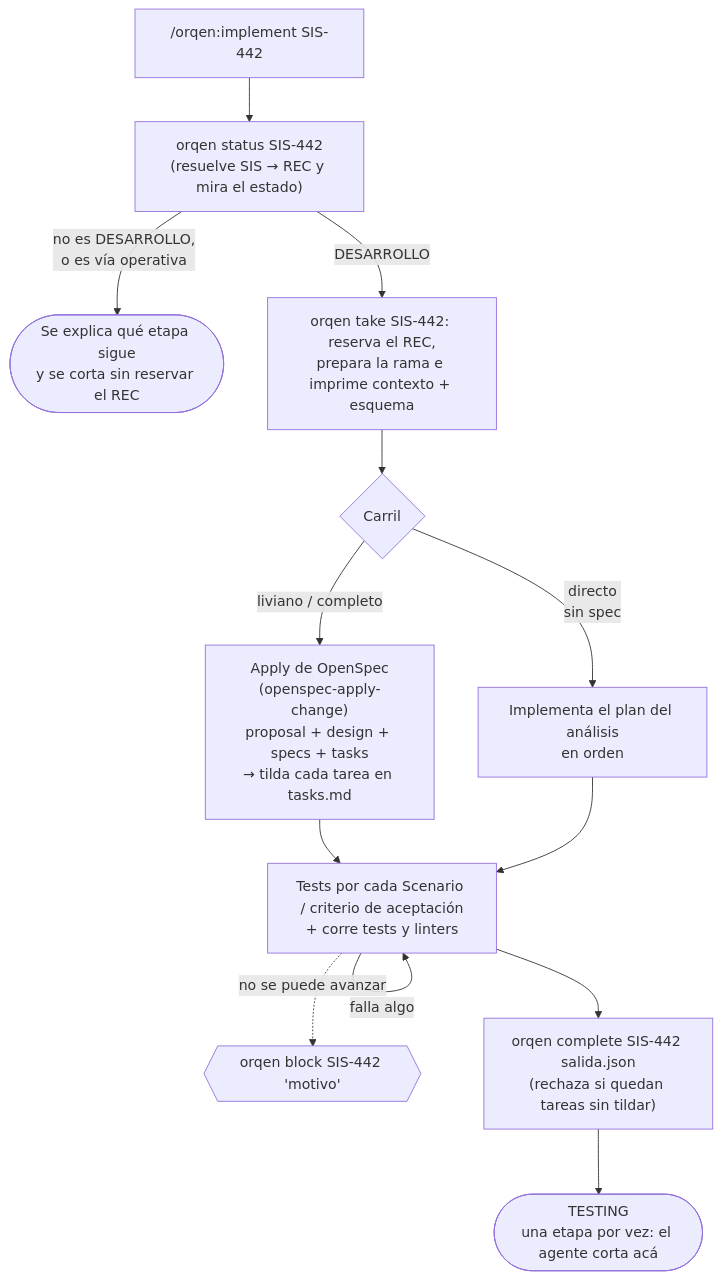
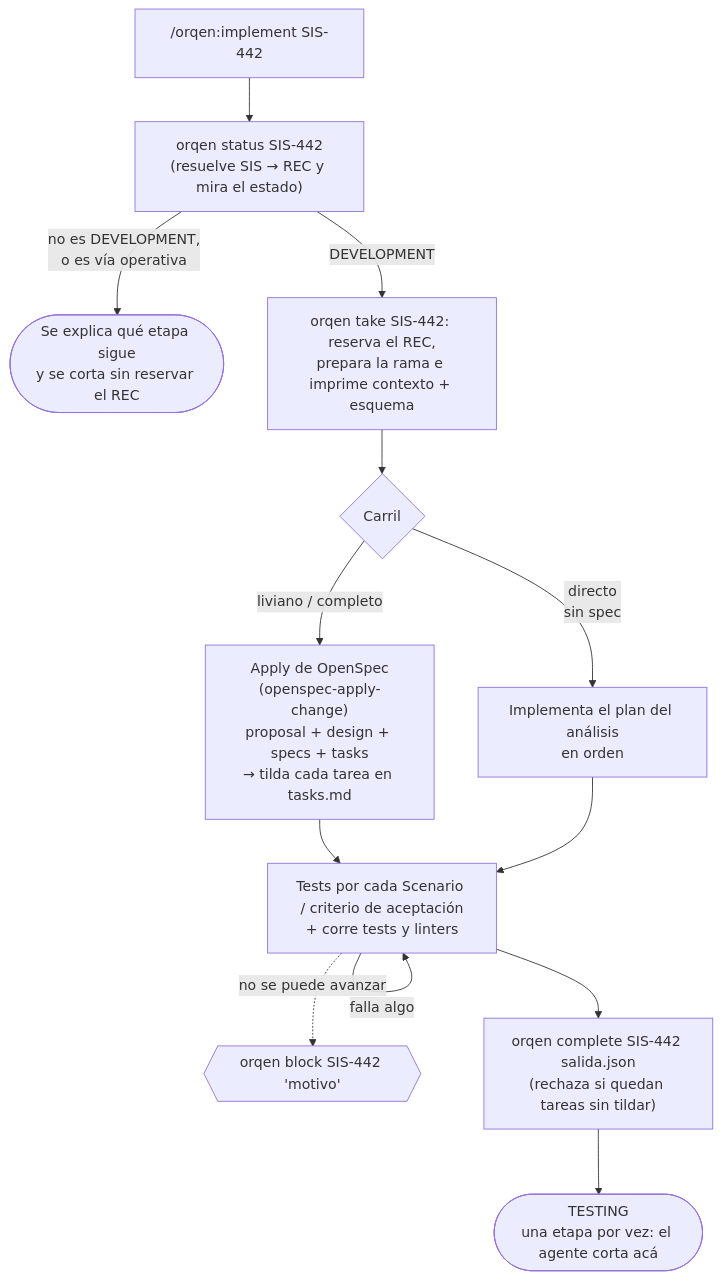
The second of 3 diagrams in README.md (sistemas-telpin/orqen), drawn with Mermaid before and after one commit. The commit also changed other lines of this file and 41 other files, not shown here.

````diff
--- a/README.md
+++ b/README.md
@@ -68,15 +68,15 @@
 ```mermaid
 flowchart TD
     A["/orqen:implement SIS-442"] --> B["orqen status SIS-442<br/>(resuelve SIS → REC y mira el estado)"]
-    B -->|"no es DESARROLLO,<br/>o es vía operativa"| X(["Se explica qué etapa sigue<br/>y se corta sin reservar el REC"])
-    B -->|"DESARROLLO"| C["orqen take SIS-442: reserva el REC,<br/>prepara la rama e imprime contexto + esquema"]
+    B -->|"no es DEVELOPMENT,<br/>o es vía operativa"| X(["Se explica qué etapa sigue<br/>y se corta sin reservar el REC"])
+    B -->|"DEVELOPMENT"| C["orqen take SIS-442: reserva el REC,<br/>prepara la rama e imprime contexto + esquema"]
     C --> D{"Carril"}
     D -->|"liviano / completo"| E["Apply de OpenSpec<br/>(openspec-apply-change)<br/>proposal + design + specs + tasks<br/>→ tilda cada tarea en tasks.md"]
     D -->|"directo<br/>sin spec"| F["Implementa el plan del análisis<br/>en orden"]
     E --> G
     F --> G["Tests por cada Scenario / criterio de aceptación<br/>+ corre tests y linters"]
     G -->|"falla algo"| G
     G --> H["orqen complete SIS-442 salida.json<br/>(rechaza si quedan tareas sin tildar)"]
     H --> I(["TESTING<br/>una etapa por vez: el agente corta acá"])
     G -.->|"no se puede avanzar"| Z{{"orqen block SIS-442 'motivo'"}}
 ```
````
